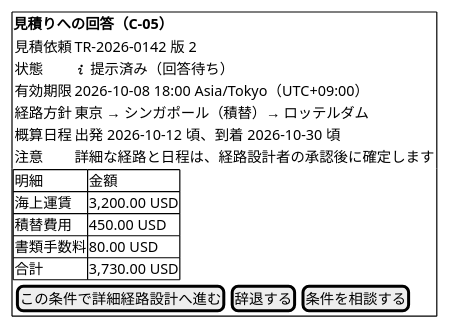
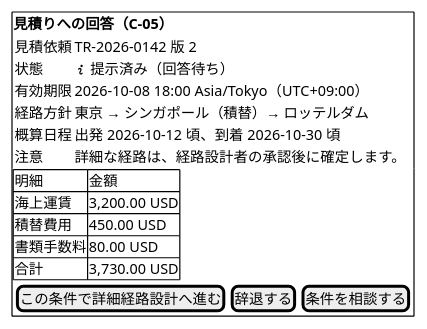
Diagram 12 of 24 in docs/design/cargo-tracker/ui_design.md (k2works/practical-domain-driven-design-in-enterpris-application), drawn with PlantUML before and after one commit. The commit also changed other lines of this file and 4 other files, not shown here.

````diff
--- a/docs/design/cargo-tracker/ui_design.md
+++ b/docs/design/cargo-tracker/ui_design.md
@@ -563,23 +563,23 @@
 ```plantuml
 @startsalt
 {+
   <b>見積りへの回答（C-05）
   {
     見積依頼 | TR-2026-0142 版 2
     状態     | <&info> 提示済み（回答待ち）
     有効期限 | 2026-10-08 18:00 Asia/Tokyo（UTC+09:00）
     経路方針 | 東京 → シンガポール（積替）→ ロッテルダム
     概算日程 | 出発 2026-10-12 頃、到着 2026-10-30 頃
-    注意     | 詳細な経路と日程は、経路設計者の承認後に確定します
+    注意     | 詳細な経路は、経路設計者の承認後に確定します。
   }
   {#
     明細 | 金額
     海上運賃 | 3,200.00 USD
     積替費用 | 450.00 USD
     書類手数料 | 80.00 USD
     合計 | 3,730.00 USD
   }
   { [ この条件で詳細経路設計へ進む ] | [ 辞退する ] | [ 条件を相談する ] }
 }
 @endsalt
 ```
````
